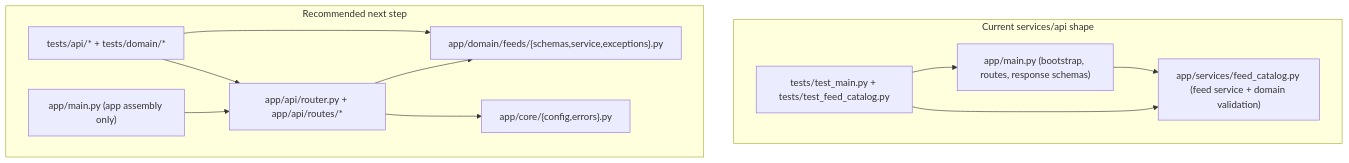
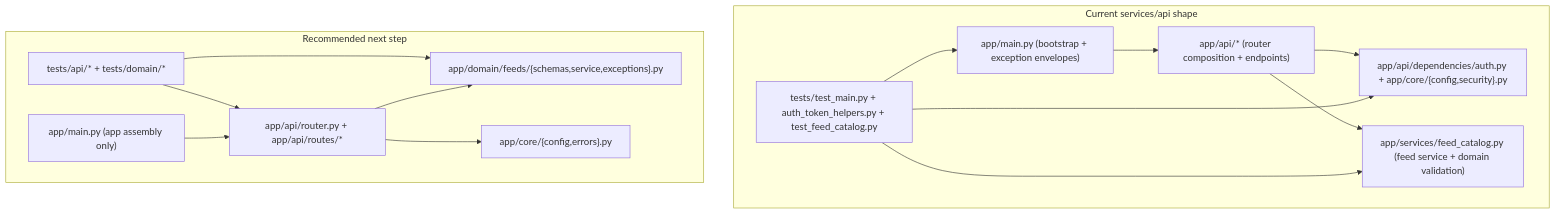
One commit to dpwns523/MoaDev changed the diagram in docs/architecture.md. Above: the diagram before and after it, drawn with Mermaid. The commit also changed other lines of this file and 29 other files, not shown here.

Commit message:
auth: add web oauth and api session boundary

````diff
--- a/docs/architecture.md
+++ b/docs/architecture.md
@@ -120,24 +157,29 @@
 ```mermaid
 flowchart TD
     subgraph Current["Current services/api shape"]
-        main["app/main.py (bootstrap, routes, response schemas)"]
+        main["app/main.py (bootstrap + exception envelopes)"]
+        router["app/api/* (router composition + endpoints)"]
+        auth["app/api/dependencies/auth.py + app/core/{config,security}.py"]
         service["app/services/feed_catalog.py (feed service + domain validation)"]
-        tests["tests/test_main.py + tests/test_feed_catalog.py"]
-        main --> service
+        tests["tests/test_main.py + auth_token_helpers.py + test_feed_catalog.py"]
+        main --> router
+        router --> auth
+        router --> service
         tests --> main
+        tests --> auth
         tests --> service
     end
 
     subgraph Target["Recommended next step"]
         entry["app/main.py (app assembly only)"]
         api["app/api/router.py + app/api/routes/*"]
         domain["app/domain/feeds/{schemas,service,exceptions}.py"]
         core["app/core/{config,errors}.py"]
         testsplit["tests/api/* + tests/domain/*"]
         entry --> api
         api --> domain
         api --> core
         testsplit --> api
         testsplit --> domain
     end
 ```
````
